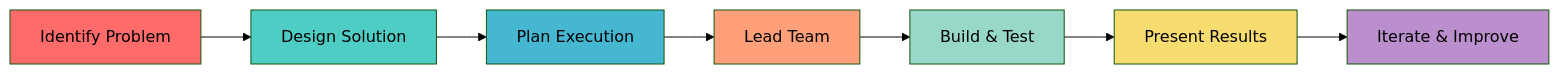
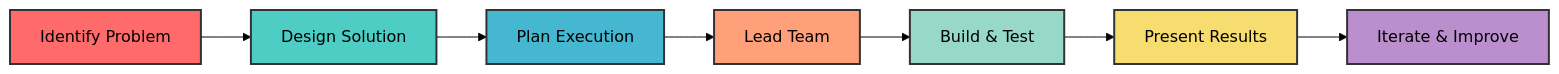
One commit to Bhavesh1116/Bhavesh1116 changed the diagram in README.md. Above: the diagram before and after it, drawn with Mermaid (forest theme). The commit also changed other lines of this file, not shown here.

Commit message:
Update styles and contribution activity image in README

````diff
--- a/README.md
+++ b/README.md
@@ -259,17 +259,17 @@
 ```mermaid
 graph LR
     A[Identify Problem] --> B[Design Solution]
     B --> C[Plan Execution]
     C --> D[Lead Team]
     D --> E[Build & Test]
     E --> F[Present Results]
     F --> G[Iterate & Improve]
     
-    style A fill:#FF6B6B
-    style B fill:#4ECDC4
-    style C fill:#45B7D1
-    style D fill:#FFA07A
-    style E fill:#98D8C8
-    style F fill:#F7DC6F
-    style G fill:#BB8FCE
+    style A fill:#FF6B6B,stroke:#333,stroke-width:2px,color:#000
+    style B fill:#4ECDC4,stroke:#333,stroke-width:2px,color:#000
+    style C fill:#45B7D1,stroke:#333,stroke-width:2px,color:#000
+    style D fill:#FFA07A,stroke:#333,stroke-width:2px,color:#000
+    style E fill:#98D8C8,stroke:#333,stroke-width:2px,color:#000
+    style F fill:#F7DC6F,stroke:#333,stroke-width:2px,color:#000
+    style G fill:#BB8FCE,stroke:#333,stroke-width:2px,color:#000
 ```
````
